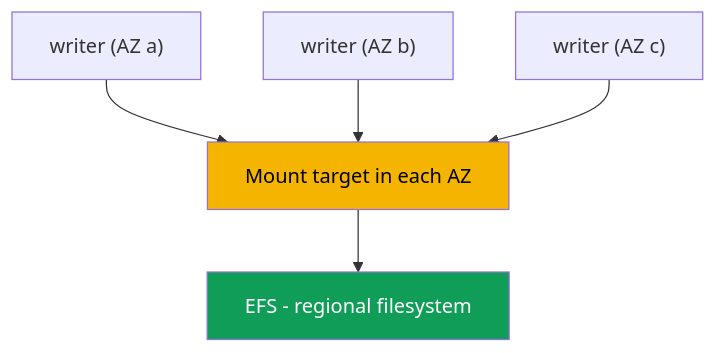
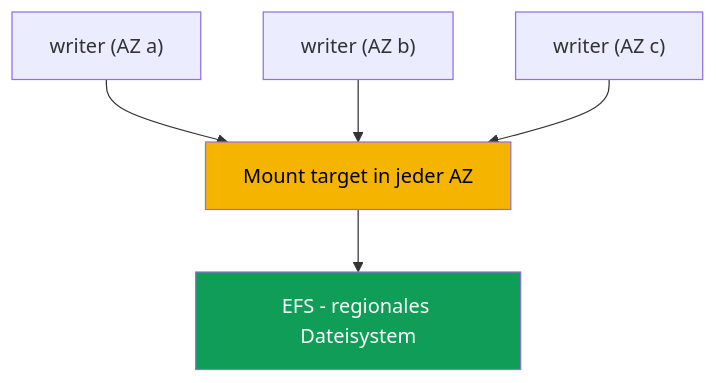
One commit to ViktorUJ/cks changed the first of 2 diagrams in tasks/eks/labs/107/README_DE.MD. Above: the diagram before and after it, drawn with Mermaid. The commit also changed other lines of this file and 221 other files, not shown here.

````diff
--- a/tasks/eks/labs/107/README_DE.MD
+++ b/tasks/eks/labs/107/README_DE.MD
@@ -44,14 +44,14 @@
 ```mermaid
 flowchart TB
     w1["writer (AZ a)"]
     w2["writer (AZ b)"]
     w3["writer (AZ c)"]
-    mt["Mount target in each AZ"]
-    efs["EFS - regional filesystem"]
+    mt["Mount target in jeder AZ"]
+    efs["EFS - regionales Dateisystem"]
     w1 --> mt
     w2 --> mt
     w3 --> mt
     mt --> efs
     style efs fill:#0f9d58,color:#fff
     style mt fill:#f4b400,color:#000
 ```
````
